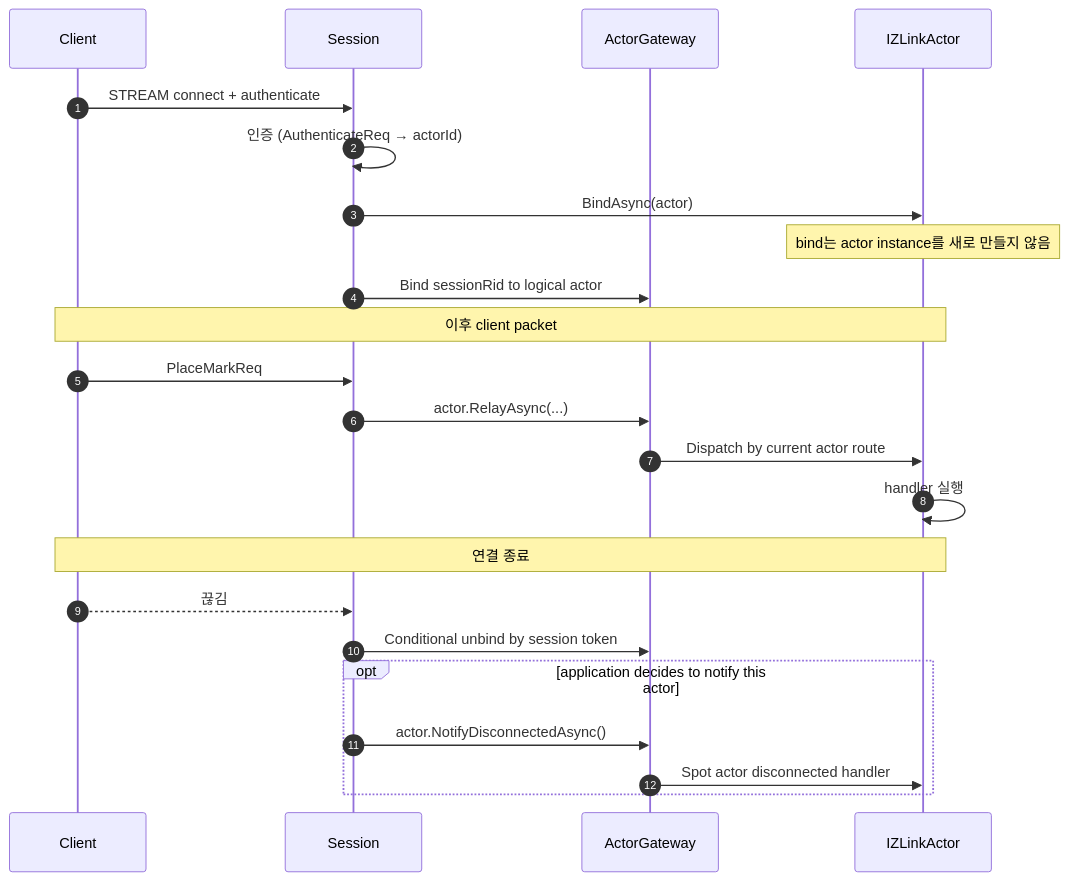
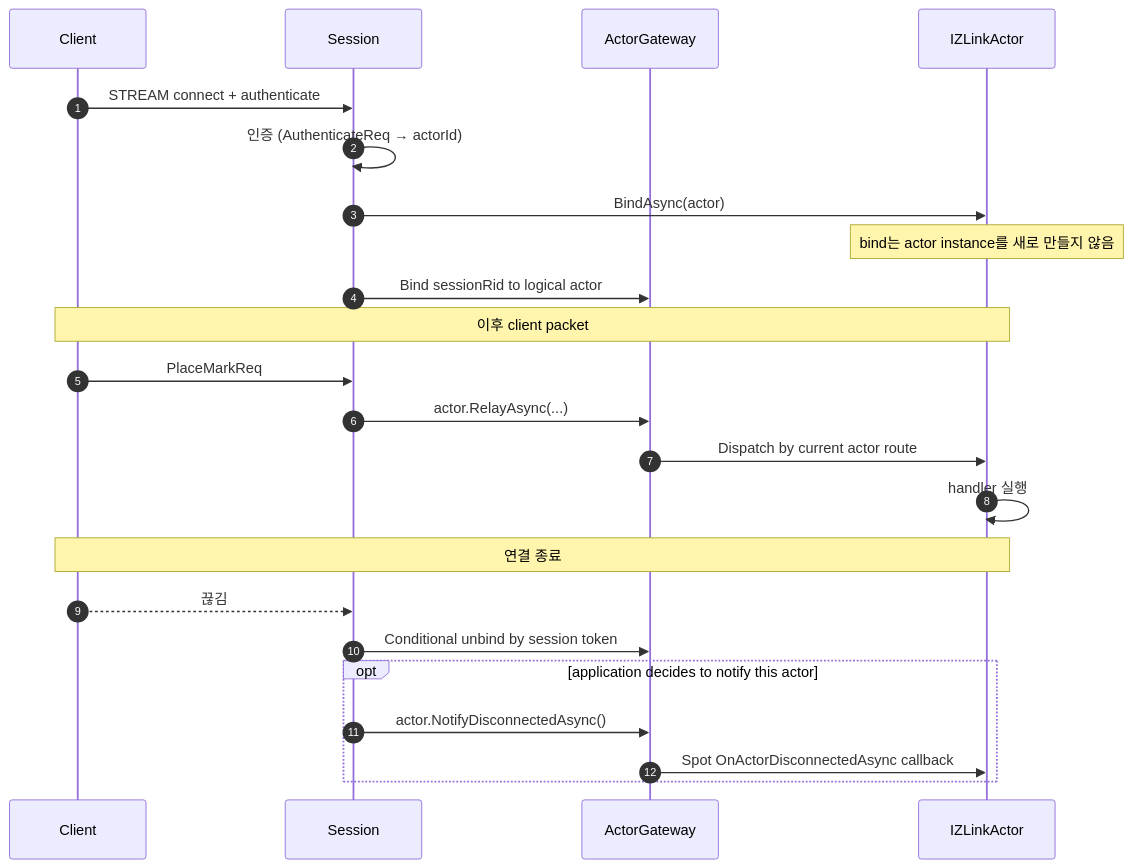
One commit to kairos-code-dev/zlink changed the second of 3 diagrams in framework/languages/dotnet/doc/spec/aspnet-core-actor.ko.md. Above: the diagram before and after it, drawn with Mermaid. The commit also changed other lines of this file and 109 other files, not shown here.

````diff
--- a/framework/languages/dotnet/doc/spec/aspnet-core-actor.ko.md
+++ b/framework/languages/dotnet/doc/spec/aspnet-core-actor.ko.md
@@ -776,28 +777,28 @@
 ```mermaid
 sequenceDiagram
     autonumber
     participant C as Client
     participant S as Session
     participant G as ActorGateway
     participant Act as IZLinkActor
 
     C->>S: STREAM connect + authenticate
     S->>S: 인증 (AuthenticateReq → actorId)
     S->>Act: BindAsync(actor)
     Note over Act: bind는 actor instance를 새로 만들지 않음
     S->>G: Bind sessionRid to logical actor
 
     Note over C,Act: 이후 client packet
     C->>S: PlaceMarkReq
     S->>G: actor.RelayAsync(...)
     G->>Act: Dispatch by current actor route
     Act->>Act: handler 실행
 
     Note over C,Act: 연결 종료
     C-->>S: 끊김
     S->>G: Conditional unbind by session token
     opt application decides to notify this actor
         S->>G: actor.NotifyDisconnectedAsync()
-        G->>Act: Spot actor disconnected handler
+        G->>Act: Spot OnActorDisconnectedAsync callback
     end
 ```
````
